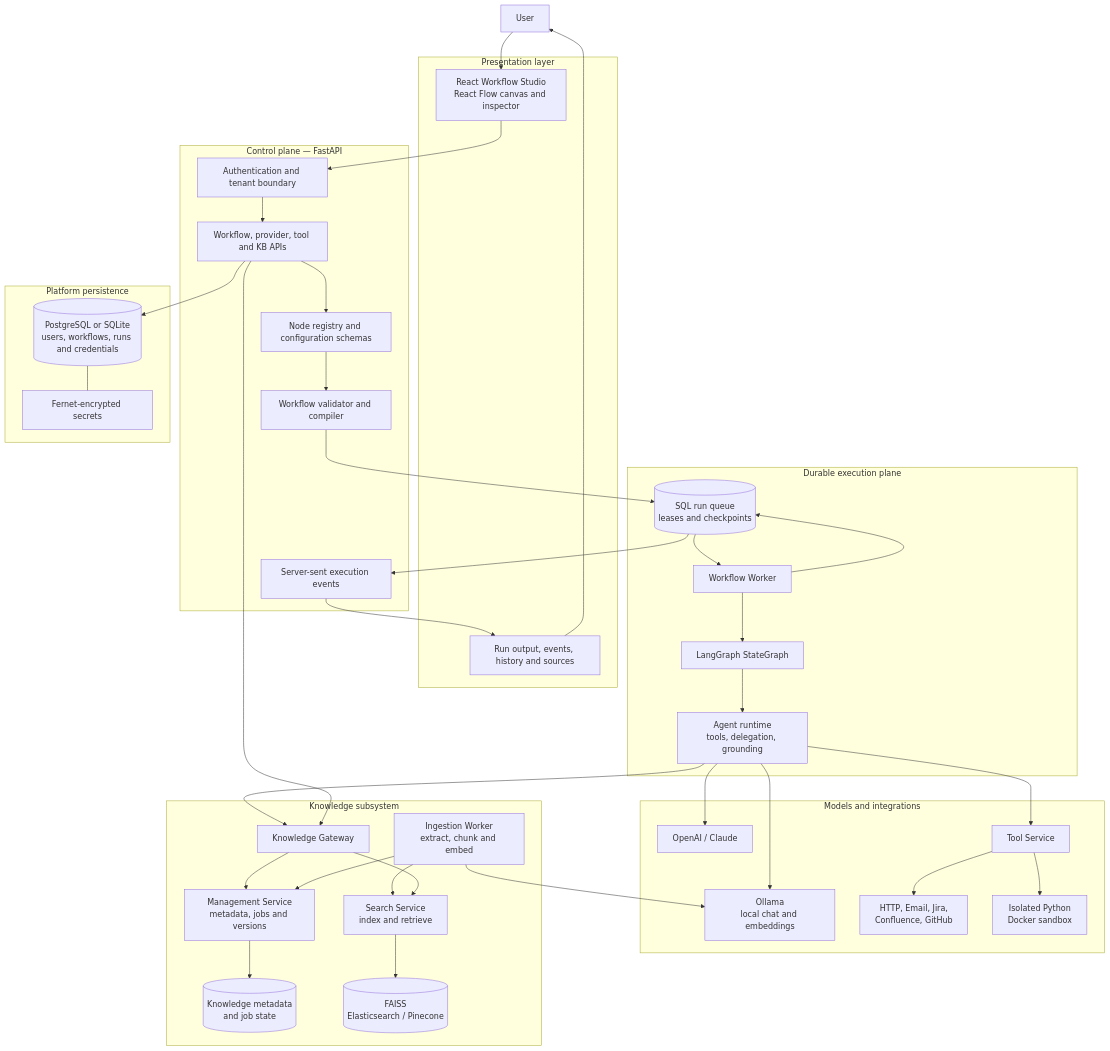
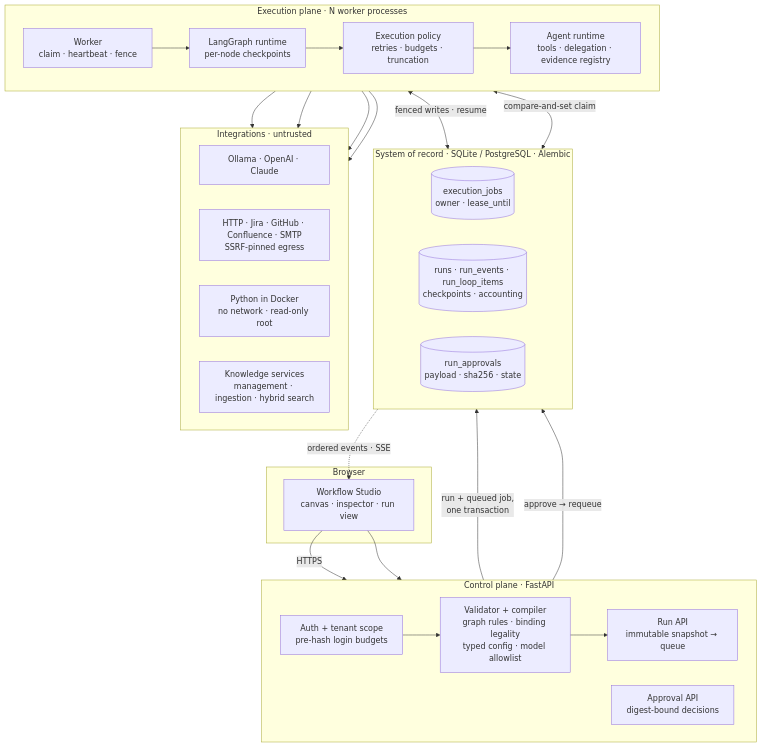
The first of 7 diagrams in README.md (SoumithReddy6/Enterprise-No-Code-Agentic-AI-Workflow-Platform), drawn with Mermaid before and after one commit. The commit also changed other lines of this file and 1 other file, not shown here.

Commit message:
Rewrite README around architecture and production failure modes; keep the full reference in docs

````diff
--- a/README.md
+++ b/README.md
@@ -60,72 +19,48 @@
 ```mermaid
 flowchart TB
-    USER["User"]
-
-    subgraph CLIENT["Presentation layer"]
-        EDITOR["React Workflow Studio<br/>React Flow canvas and inspector"]
-        RUNVIEW["Run output, events, history and sources"]
+    subgraph CLIENT["Browser"]
+        STUDIO["Workflow Studio<br/>canvas · inspector · run view"]
     end
 
-    subgraph CONTROL["Control plane — FastAPI"]
-        AUTH["Authentication and tenant boundary"]
-        REGISTRY["Node registry and configuration schemas"]
-        VALIDATOR["Workflow validator and compiler"]
-        API["Workflow, provider, tool and KB APIs"]
-        SSE["Server-sent execution events"]
+    subgraph CONTROL["Control plane · FastAPI"]
+        direction LR
+        AUTHN["Auth + tenant scope<br/>pre-hash login budgets"]
+        VALIDATE["Validator + compiler<br/>graph rules · binding legality<br/>typed config · model allowlist"]
+        RUNAPI["Run API<br/>immutable snapshot → queue"]
+        APPROVE["Approval API<br/>digest-bound decisions"]
+        AUTHN --> VALIDATE --> RUNAPI
     end
 
-    subgraph EXECUTION["Durable execution plane"]
-        QUEUE[("SQL run queue<br/>leases and checkpoints")]
-        WORKER["Workflow Worker"]
-        GRAPH["LangGraph StateGraph"]
-        AGENTRT["Agent runtime<br/>tools, delegation, grounding"]
+    subgraph DATA["System of record · SQLite / PostgreSQL · Alembic"]
+        direction LR
+        JOBS[("execution_jobs<br/>owner · lease_until")]
+        RUNS[("runs · run_events · run_loop_items<br/>checkpoints · accounting")]
+        APPR[("run_approvals<br/>payload · sha256 · state")]
     end
 
-    subgraph INTEGRATIONS["Models and integrations"]
-        OLLAMA["Ollama<br/>local chat and embeddings"]
-        CLOUD["OpenAI / Claude"]
-        TOOLSVC["Tool Service"]
-        EXTERNAL["HTTP, Email, Jira,<br/>Confluence, GitHub"]
-        PYTHON["Isolated Python<br/>Docker sandbox"]
+    subgraph EXEC["Execution plane · N worker processes"]
+        direction LR
+        WORKER["Worker<br/>claim · heartbeat · fence"]
+        GRAPH["LangGraph runtime<br/>per-node checkpoints"]
+        POLICY["Execution policy<br/>retries · budgets · truncation"]
+        AGENT["Agent runtime<br/>tools · delegation · evidence registry"]
+        WORKER --> GRAPH --> POLICY --> AGENT
     end
 
-    subgraph KNOWLEDGE["Knowledge subsystem"]
-        KBGW["Knowledge Gateway"]
-        KBMGMT["Management Service<br/>metadata, jobs and versions"]
-        INGEST["Ingestion Worker<br/>extract, chunk and embed"]
-        SEARCH["Search Service<br/>index and retrieve"]
-        KBMETA[("Knowledge metadata<br/>and job state")]
-        VECTOR[("FAISS<br/>Elasticsearch / Pinecone")]
+    subgraph EDGE["Integrations · untrusted"]
+        direction LR
+        MODELS["Ollama · OpenAI · Claude"]
+        TOOLS["HTTP · Jira · GitHub · Confluence · SMTP<br/>SSRF-pinned egress"]
+        SANDBOX["Python in Docker<br/>no network · read-only root"]
+        KB["Knowledge services<br/>management · ingestion · hybrid search"]
     end
 
-    subgraph DATA["Platform persistence"]
-        STORE[("PostgreSQL or SQLite<br/>users, workflows, runs and credentials")]
-        KEY["Fernet-encrypted secrets"]
-    end
-
-    USER --> EDITOR
-    EDITOR --> AUTH --> API
-    API --> REGISTRY --> VALIDATOR
-    API --> STORE
-    VALIDATOR --> QUEUE
-    QUEUE --> WORKER --> GRAPH --> AGENTRT
-    WORKER --> QUEUE
-
-    AGENTRT --> OLLAMA
-    AGENTRT --> CLOUD
-    AGENTRT --> TOOLSVC
-    TOOLSVC --> EXTERNAL
-    TOOLSVC --> PYTHON
-    AGENTRT --> KBGW
-
-    API --> KBGW
-    KBGW --> KBMGMT --> KBMETA
-    INGEST --> KBMGMT
-    INGEST --> OLLAMA
-    INGEST --> SEARCH
-    SEARCH --> VECTOR
-    KBGW --> SEARCH
-
-    STORE --- KEY
-    QUEUE --> SSE --> RUNVIEW --> USER
+    STUDIO -->|"HTTPS"| AUTHN
+    STUDIO --> APPROVE
+    RUNAPI -->|"run + queued job,<br/>one transaction"| JOBS
+    APPROVE -->|"approve → requeue"| APPR
+    JOBS <-->|"compare-and-set claim"| WORKER
+    GRAPH <-->|"fenced writes · resume"| RUNS
+    AGENT --> MODELS & TOOLS & SANDBOX & KB
+    RUNS -.->|"ordered events · SSE"| STUDIO
 ```
````
